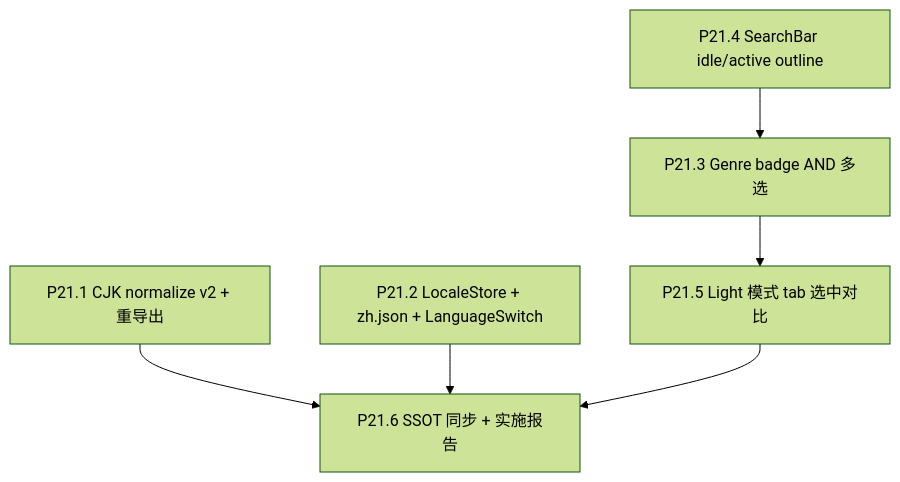
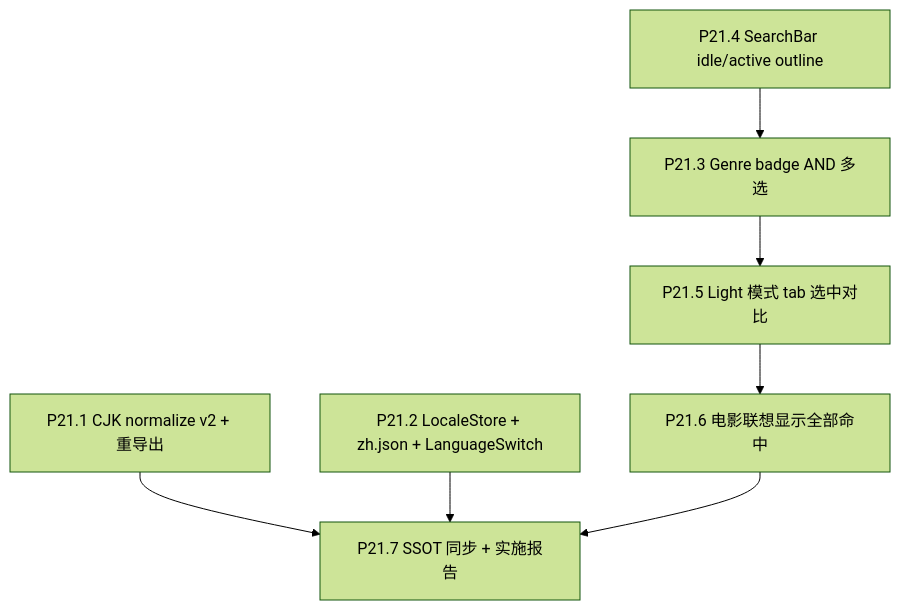
One commit to XYBuilds/chronicle_v3_3d_galaxy changed the diagram in .cursor/plans/phase_21_search_and_i18n_8ab4cd27.plan.md. Above: the diagram before and after it, drawn with Mermaid (forest theme). The commit also changed other lines of this file and 1 other file, not shown here.

````diff
--- a/.cursor/plans/phase_21_search_and_i18n_8ab4cd27.plan.md
+++ b/.cursor/plans/phase_21_search_and_i18n_8ab4cd27.plan.md
@@ -60,15 +60,17 @@
 ```mermaid
 flowchart TD
     P211["P21.1 CJK normalize v2 + 重导出"]
     P212["P21.2 LocaleStore + zh.json + LanguageSwitch"]
     P213["P21.3 Genre badge AND 多选"]
     P214["P21.4 SearchBar idle/active outline"]
     P215["P21.5 Light 模式 tab 选中对比"]
-    P216["P21.6 SSOT 同步 + 实施报告"]
+    P216["P21.6 电影联想显示全部命中"]
+    P217["P21.7 SSOT 同步 + 实施报告"]
 
-    P211 --> P216
-    P212 --> P216
+    P211 --> P217
+    P212 --> P217
     P214 --> P213
     P213 --> P215
     P215 --> P216
+    P216 --> P217
 ```
````
